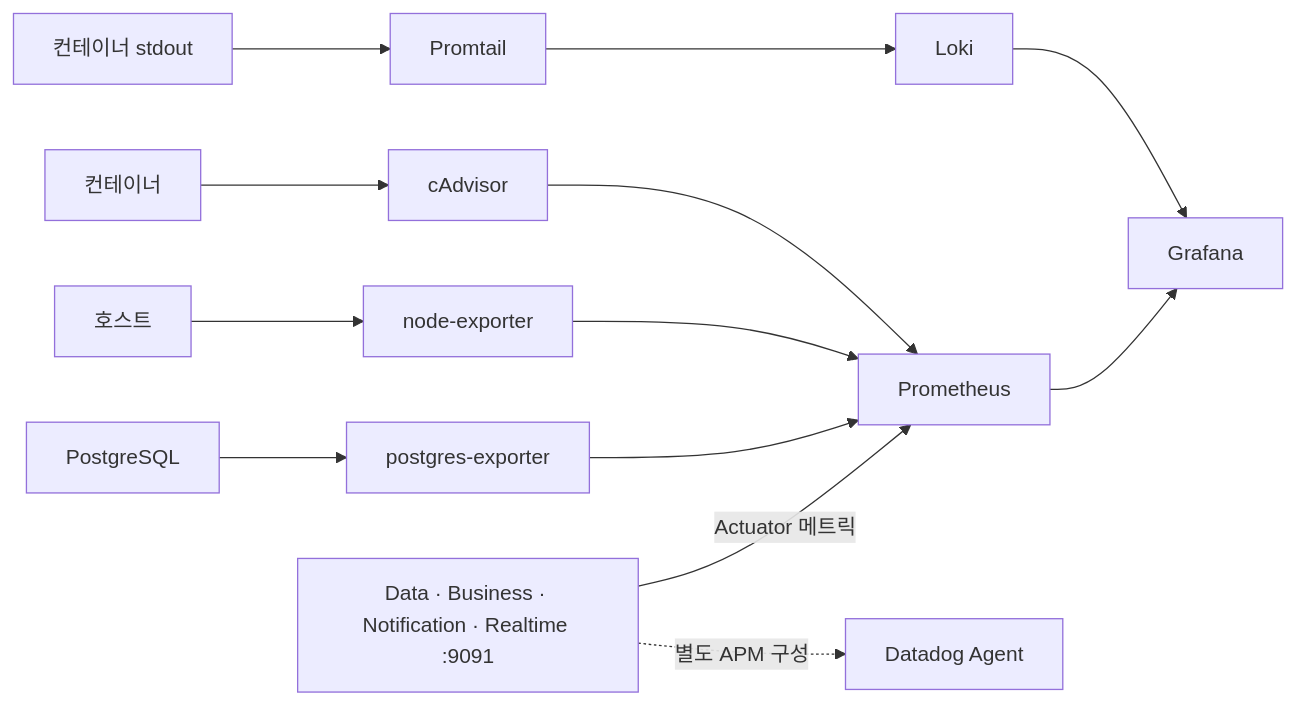
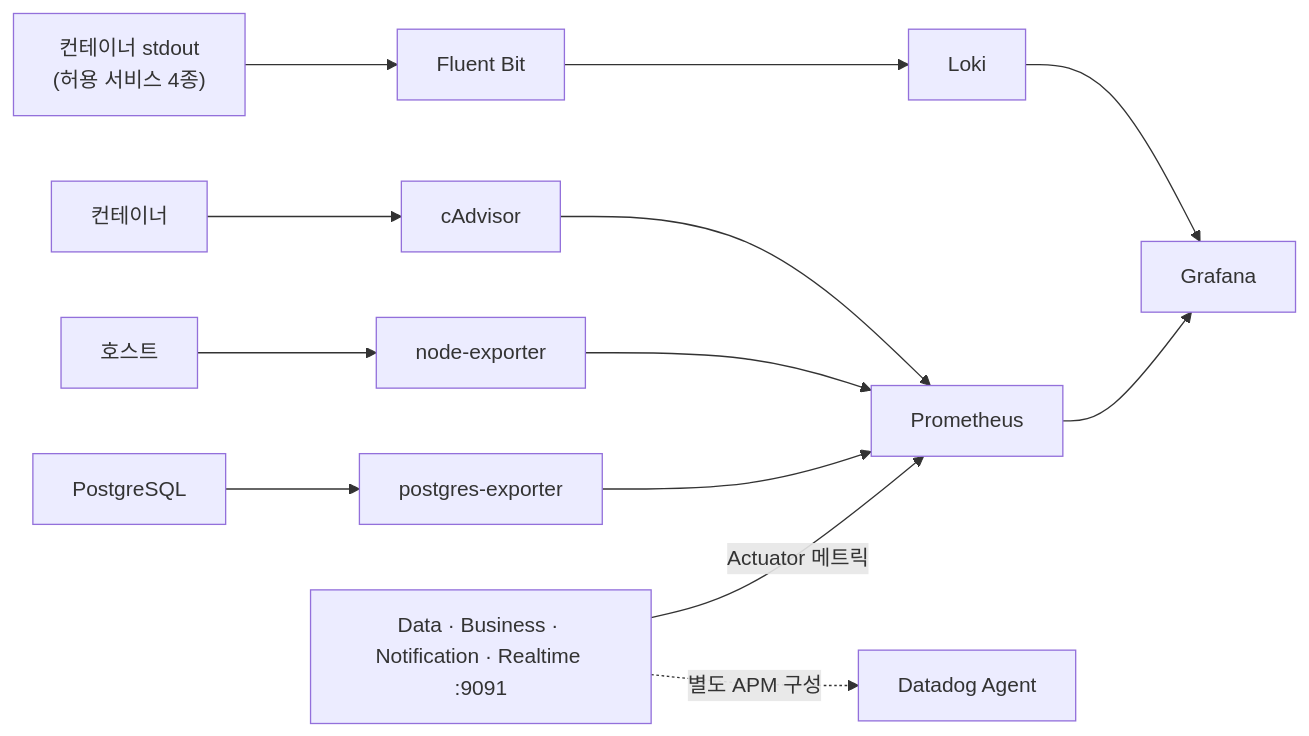
One commit to OneOrThree/phone changed the diagram in server/observability/README.md. Above: the diagram before and after it, drawn with Mermaid. The commit also changed other lines of this file and 25 other files, not shown here.

First line of the commit message:
[FEAT] GROMO-2555 Fluent Bit 로 dev Loki 수집을 바꾸고 실행 메타데이터를 배선한다

````diff
--- a/server/observability/README.md
+++ b/server/observability/README.md
@@ -9,15 +9,15 @@
 ```mermaid
 flowchart LR
   app["Data · Business · Notification · Realtime :9091"] -->|"Actuator 메트릭"| prometheus["Prometheus"]
   db["PostgreSQL"] --> exporter["postgres-exporter"]
   exporter --> prometheus
   host["호스트"] --> node["node-exporter"]
   node --> prometheus
   container["컨테이너"] --> cadvisor["cAdvisor"]
   cadvisor --> prometheus
-  logs["컨테이너 stdout"] --> promtail["Promtail"]
-  promtail --> loki["Loki"]
+  logs["컨테이너 stdout<br/>(허용 서비스 4종)"] --> fluentbit["Fluent Bit"]
+  fluentbit --> loki["Loki"]
   prometheus --> grafana["Grafana"]
   loki --> grafana
   app -.->|"별도 APM 구성"| datadog["Datadog Agent"]
 ```
````
